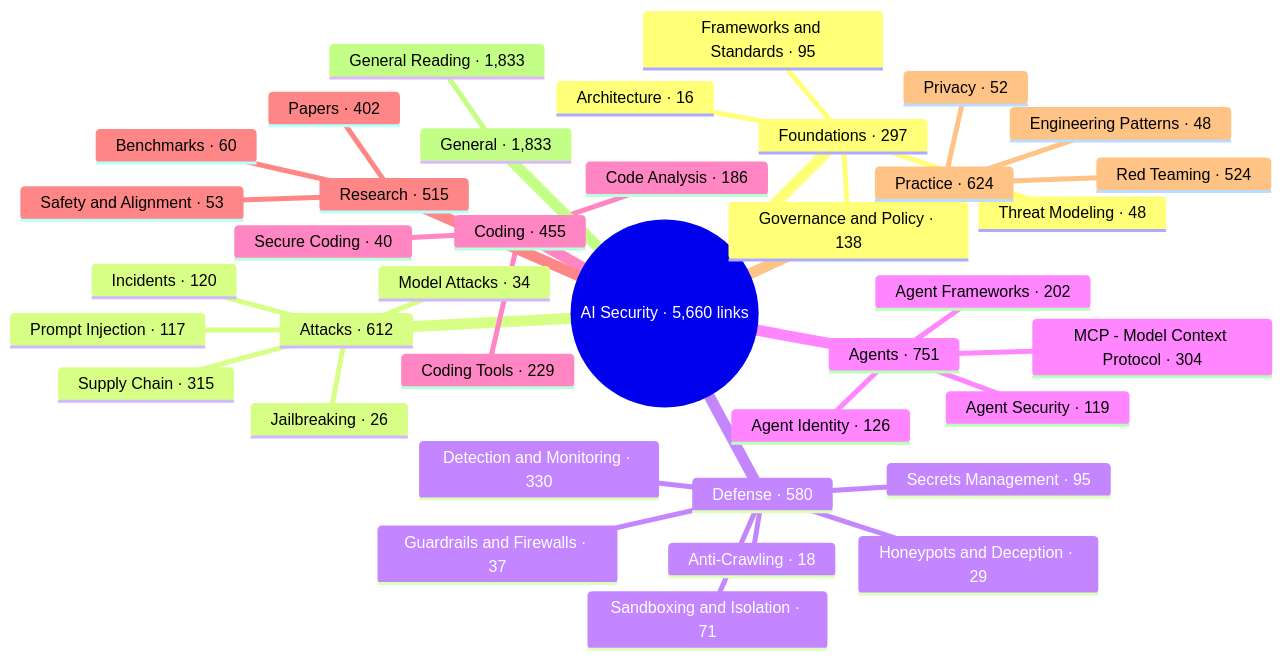
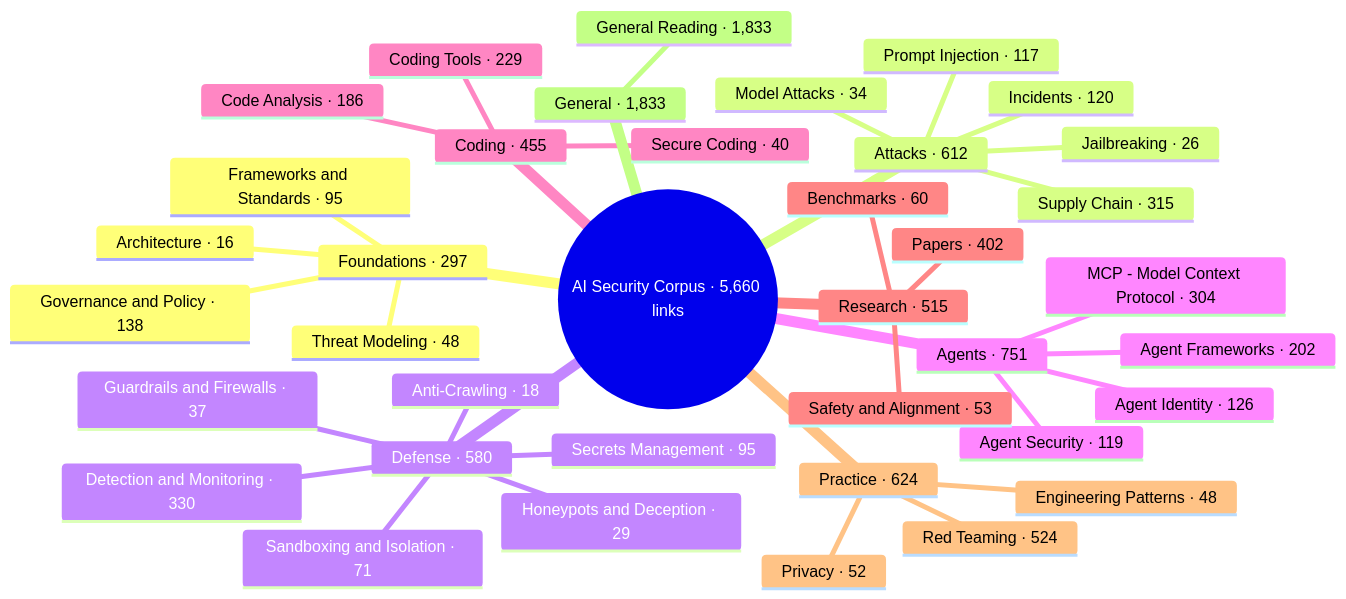
Before and after one commit to AnthonyHerman/ai-security: the diagram in README.md, drawn with Mermaid. The commit also changed other lines of this file and 10 other files, not shown here.

First line of the commit message:
Rename to AI Security Corpus

````diff
--- a/README.md
+++ b/README.md
@@ -76,41 +78,41 @@
 ```mermaid
 mindmap
-  root((AI Security · 5,660 links))
+  root((AI Security Corpus · 5,660 links))
     Foundations · 297
       Frameworks and Standards · 95
       Governance and Policy · 138
       Threat Modeling · 48
       Architecture · 16
     Attacks · 612
       Prompt Injection · 117
       Jailbreaking · 26
       Model Attacks · 34
       Supply Chain · 315
       Incidents · 120
     Defense · 580
       Guardrails and Firewalls · 37
       Sandboxing and Isolation · 71
       Detection and Monitoring · 330
       Secrets Management · 95
       Honeypots and Deception · 29
       Anti-Crawling · 18
     Agents · 751
       Agent Security · 119
       Agent Identity · 126
       MCP - Model Context Protocol · 304
       Agent Frameworks · 202
     Coding · 455
       Secure Coding · 40
       Code Analysis · 186
       Coding Tools · 229
     Research · 515
       Papers · 402
       Benchmarks · 60
       Safety and Alignment · 53
     Practice · 624
       Red Teaming · 524
       Engineering Patterns · 48
       Privacy · 52
     General · 1,833
       General Reading · 1,833
 ```
````
